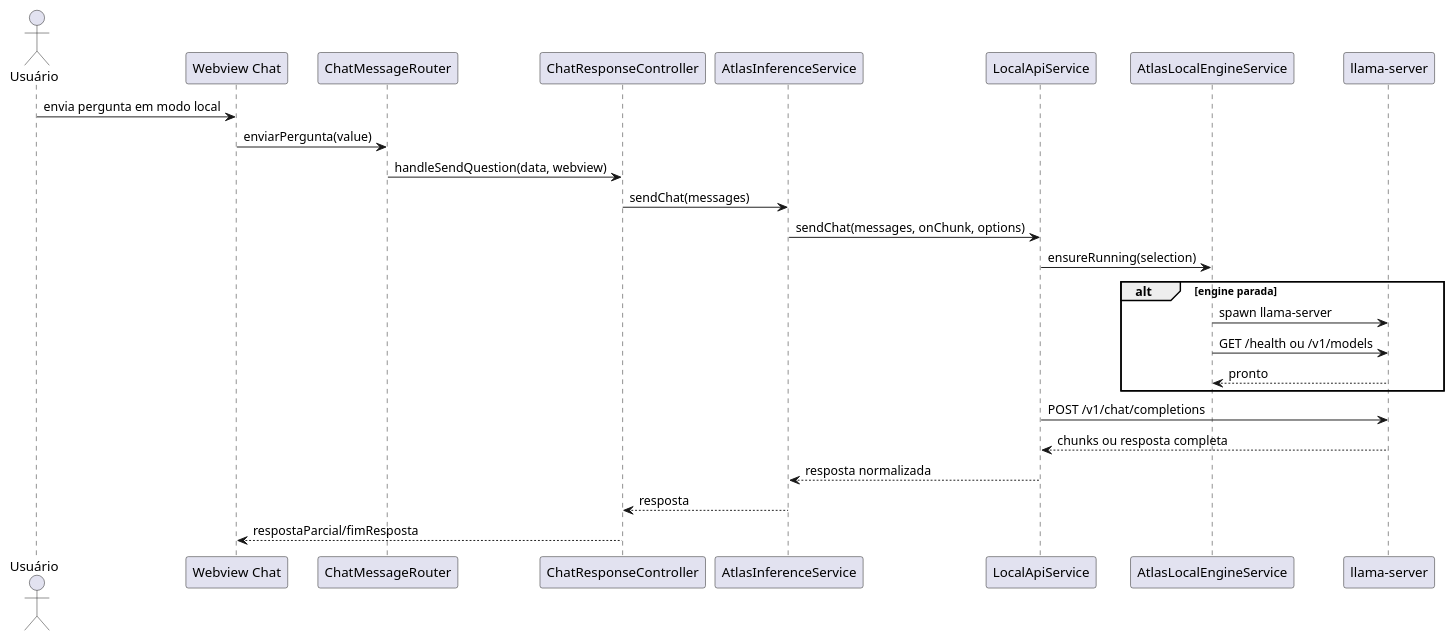
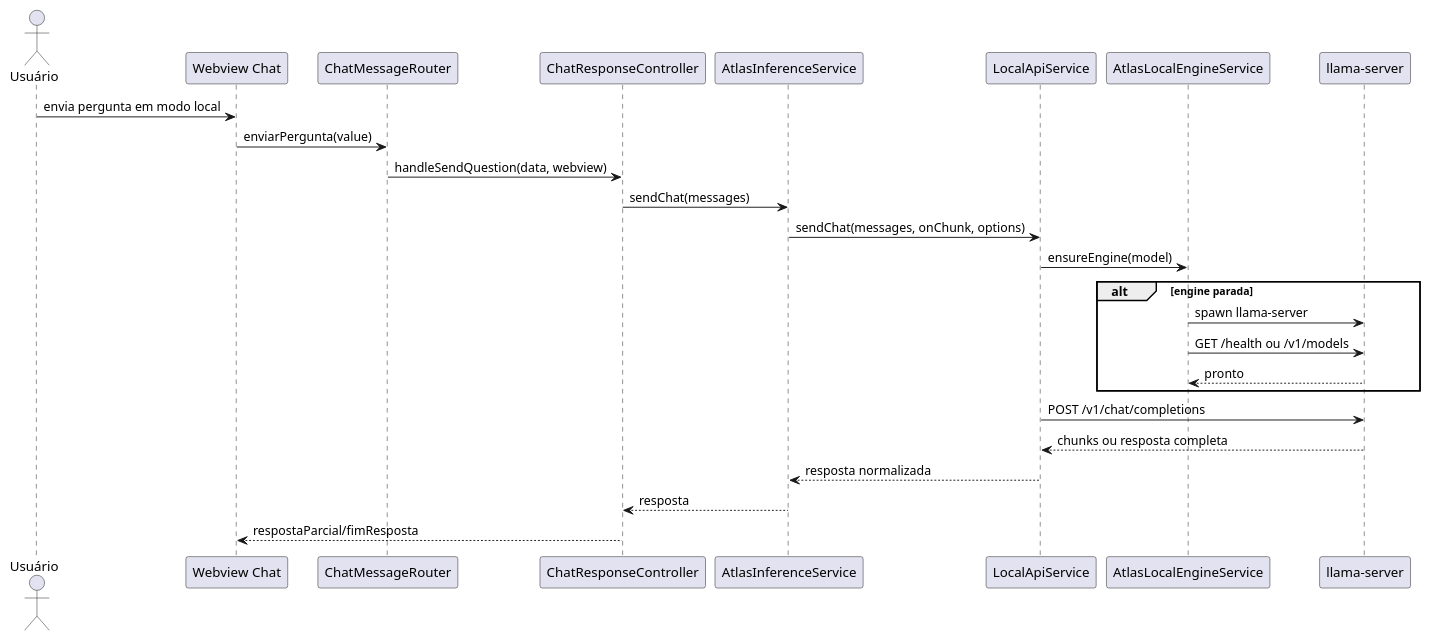
Before and after one commit to JVictorVI/ATLAS: diagram 28 of 38 in docs/plantuml-diagramas-por-caso-de-uso-atlas.md, drawn with PlantUML. The commit also changed other lines of this file and 2 other files, not shown here.

````diff
--- a/docs/plantuml-diagramas-por-caso-de-uso-atlas.md
+++ b/docs/plantuml-diagramas-por-caso-de-uso-atlas.md
@@ -840,30 +880,30 @@
 ```plantuml
 @startuml
 skinparam shadowing false
 actor Usuário
 participant "Webview Chat" as Webview
 participant ChatMessageRouter as Router
 participant ChatResponseController as Response
 participant AtlasInferenceService as Inference
 participant LocalApiService as LocalApi
 participant AtlasLocalEngineService as Engine
 participant "llama-server" as Llama
 
 Usuário -> Webview : envia pergunta em modo local
 Webview -> Router : enviarPergunta(value)
 Router -> Response : handleSendQuestion(data, webview)
 Response -> Inference : sendChat(messages)
 Inference -> LocalApi : sendChat(messages, onChunk, options)
-LocalApi -> Engine : ensureRunning(selection)
+LocalApi -> Engine : ensureEngine(model)
 alt engine parada
   Engine -> Llama : spawn llama-server
   Engine -> Llama : GET /health ou /v1/models
   Llama --> Engine : pronto
 end
 LocalApi -> Llama : POST /v1/chat/completions
 Llama --> LocalApi : chunks ou resposta completa
 LocalApi --> Inference : resposta normalizada
 Inference --> Response : resposta
 Response --> Webview : respostaParcial/fimResposta
 @enduml
 ```
````
